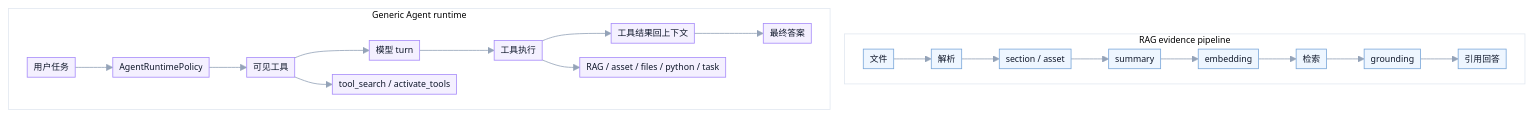
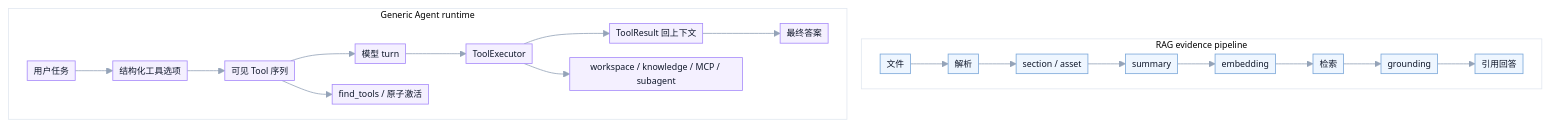
Before and after one commit to xiaoyinglei/Private-RAG-Agent: the diagram in README.md, drawn with Mermaid. The commit also changed other lines of this file and 4 other files, not shown here.

Commit message:
test(agent): add tool ACI evaluation

````diff
--- a/README.md
+++ b/README.md
@@ -184,20 +206,20 @@
 ```mermaid
 %%{init: {"theme": "base", "themeVariables": {"fontSize": "11px", "primaryColor": "#f8fafc", "primaryTextColor": "#0f172a", "primaryBorderColor": "#cbd5e1", "lineColor": "#94a3b8", "clusterBkg": "#ffffff", "clusterBorder": "#e2e8f0"}, "flowchart": {"nodeSpacing": 18, "rankSpacing": 22, "curve": "basis", "padding": 4}} }%%
 flowchart TB
     subgraph RAG["RAG evidence pipeline"]
         direction LR
         r1["文件"] --> r2["解析"] --> r3["section / asset"] --> r4["summary"] --> r5["embedding"] --> r6["检索"] --> r7["grounding"] --> r8["引用回答"]
     end
 
     subgraph AG["Generic Agent runtime"]
         direction LR
-        a1["用户任务"] --> a2["AgentRuntimePolicy"] --> a3["可见工具"] --> a4["模型 turn"] --> a5["工具执行"] --> a6["工具结果回上下文"] --> a7["最终答案"]
-        a3 --> a8["tool_search / activate_tools"]
-        a5 --> a9["RAG / asset / files / python / task"]
+        a1["用户任务"] --> a2["结构化工具选项"] --> a3["可见 Tool 序列"] --> a4["模型 turn"] --> a5["ToolExecutor"] --> a6["ToolResult 回上下文"] --> a7["最终答案"]
+        a3 --> a8["find_tools / 原子激活"]
+        a5 --> a9["workspace / knowledge / MCP / subagent"]
     end
 
     classDef rag fill:#eef6ff,stroke:#7aa7d9,color:#0f172a;
     classDef agent fill:#f4f0ff,stroke:#a78bfa,color:#0f172a;
     class r1,r2,r3,r4,r5,r6,r7,r8 rag;
     class a1,a2,a3,a4,a5,a6,a7,a8,a9 agent;
 ```
````
